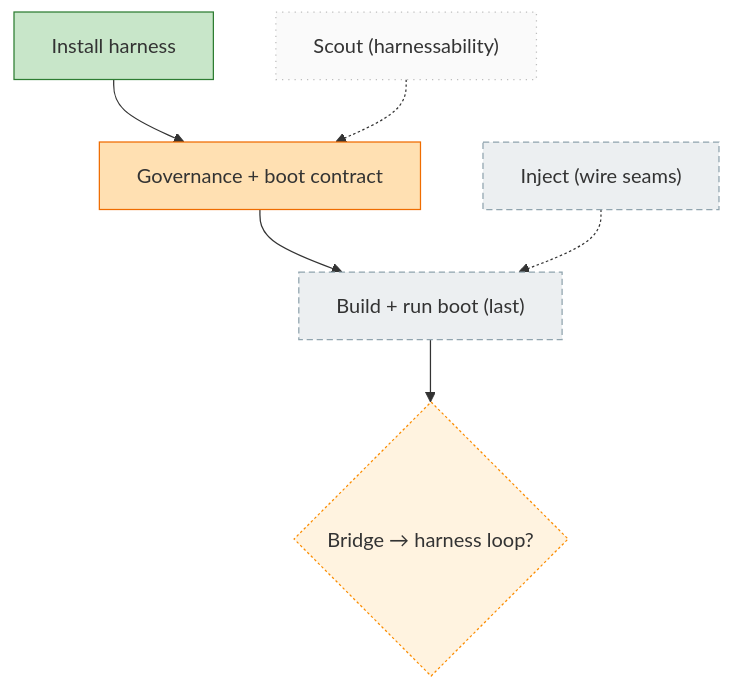
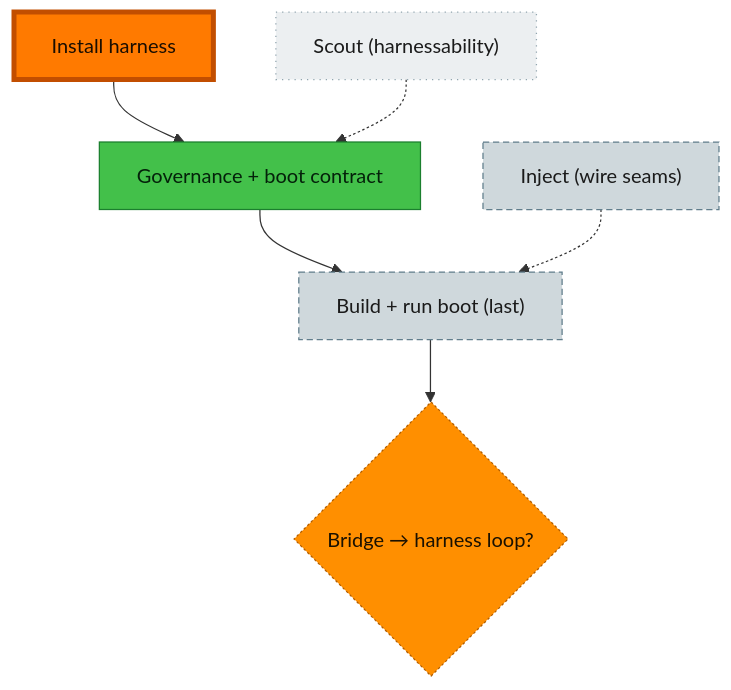
The diagram in harness/cli/test/services/flow/fixtures/render/harness-adopt.md (AI-Substrate/harness-engineering), drawn with Mermaid before and after one commit. The commit also changed other lines of this file and 7 other files, not shown here.

First line of the commit message:
feat(flow-040): visible chore status + vivid render palette + current-node highlight

````diff
--- a/harness/cli/test/services/flow/fixtures/render/harness-adopt.md
+++ b/harness/cli/test/services/flow/fixtures/render/harness-adopt.md
@@ -8,30 +8,33 @@
 ```mermaid
 flowchart TD
     install["Install harness"]:::done
     governance["Governance + boot contract"]:::wip
     build_boot["Build + run boot (last)"]:::assumed
     bridge{"Bridge → harness loop?"}:::decision
 
     install --> governance
     governance --> build_boot
     build_boot --> bridge
 
     scout["Scout (harnessability)"]:::unknown
     inject["Inject (wire seams)"]:::assumed
     scout -.-> governance
     inject -.-> build_boot
 
-    classDef done fill:#C8E6C9,stroke:#2E7D32;
-    classDef wip fill:#FFE0B2,stroke:#EF6C00;
-    classDef blocked fill:#FFCDD2,stroke:#C62828;
-    classDef known fill:#BBDEFB,stroke:#1565C0;
-    classDef assumed fill:#ECEFF1,stroke:#90A4AE,stroke-dasharray:5 3;
-    classDef said fill:#FFF9C4,stroke:#F9A825;
-    classDef harness fill:#EDE7F6,stroke:#673AB7;
-    classDef decision fill:#FFF3E0,stroke:#FB8C00,stroke-dasharray:2 2;
-    classDef companion fill:#D1C4E9,stroke:#5E35B1;
-    classDef worker fill:#B2DFDB,stroke:#00897B;
-    classDef unknown fill:#FAFAFA,stroke:#BDBDBD,stroke-dasharray:1 4;
+    classDef done fill:#1B7F2E,stroke:#0F4F1B,color:#fff;
+    classDef wip fill:#43C04A,stroke:#1B7F2E,color:#04210A;
+    classDef blocked fill:#E53935,stroke:#8E1513,color:#fff;
+    classDef known fill:#1E73E8,stroke:#0D3F86,color:#fff;
+    classDef assumed fill:#CFD8DC,stroke:#607D8B,color:#1a1a1a,stroke-dasharray:5 3;
+    classDef said fill:#FFD21F,stroke:#C79100,color:#241c00;
+    classDef harness fill:#7E3FF2,stroke:#4A1FA8,color:#fff;
+    classDef harnessFaded fill:#D6CBEC,stroke:#A892D4,color:#5B4E78;
+    classDef decision fill:#FF8F00,stroke:#B25E00,color:#1a1100,stroke-dasharray:2 2;
+    classDef companion fill:#AB2FCB,stroke:#6A1480,color:#fff;
+    classDef worker fill:#00A38C,stroke:#005046,color:#fff;
+    classDef unknown fill:#ECEFF1,stroke:#90A4AE,color:#1a1a1a,stroke-dasharray:1 4;
     classDef impOptional stroke-dasharray:2 3;
     classDef impStrong stroke-width:3px;
+    classDef current fill:#FF7A00,stroke:#C24E00,color:#1a0e00,stroke-width:4px;
+    class install current;
 ```
````
